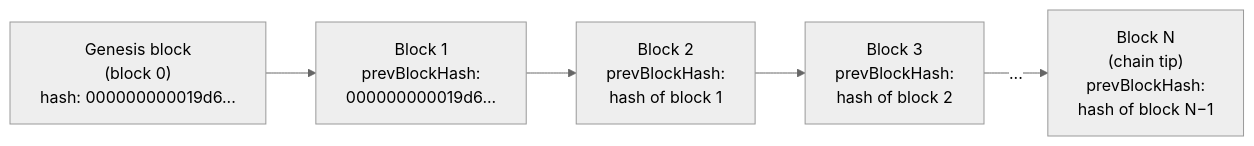
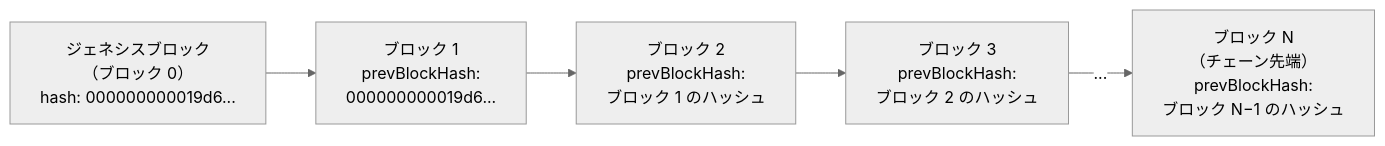
One commit to cypher256/BitcoinArchive changed the third of 4 diagrams in src/data/translations/ja/design/2009-01-03-bitcoin-block-chain-design.md. Above: the diagram before and after it, drawn with Mermaid (neutral theme). The commit also changed other lines of this file and 11 other files, not shown here.

````diff
--- a/src/data/translations/ja/design/2009-01-03-bitcoin-block-chain-design.md
+++ b/src/data/translations/ja/design/2009-01-03-bitcoin-block-chain-design.md
@@ -150,10 +150,10 @@
 ```mermaid
 flowchart LR
-    G["Genesis block\n(block 0)\nhash: 000000000019d6..."]
-    B1["Block 1\nprevBlockHash:\n000000000019d6..."]
-    B2["Block 2\nprevBlockHash:\nhash of block 1"]
-    B3["Block 3\nprevBlockHash:\nhash of block 2"]
-    BN["Block N\n(chain tip)\nprevBlockHash:\nhash of block N−1"]
+    G["ジェネシスブロック\n（ブロック 0）\nhash: 000000000019d6..."]
+    B1["ブロック 1\nprevBlockHash:\n000000000019d6..."]
+    B2["ブロック 2\nprevBlockHash:\nブロック 1 のハッシュ"]
+    B3["ブロック 3\nprevBlockHash:\nブロック 2 のハッシュ"]
+    BN["ブロック N\n（チェーン先端）\nprevBlockHash:\nブロック N−1 のハッシュ"]
 
     G --> B1 --> B2 --> B3 --> |"..."| BN
 ```
````
